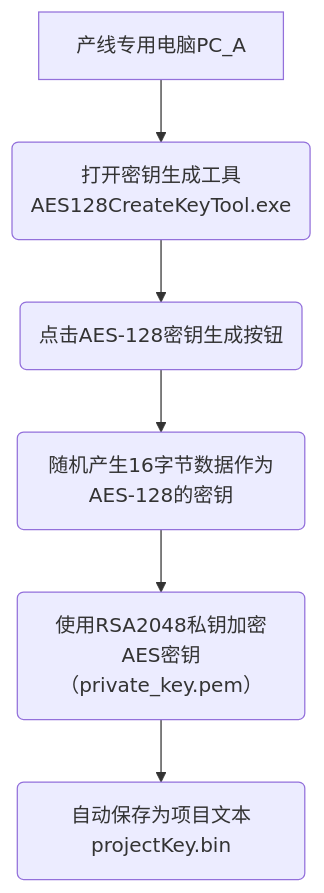
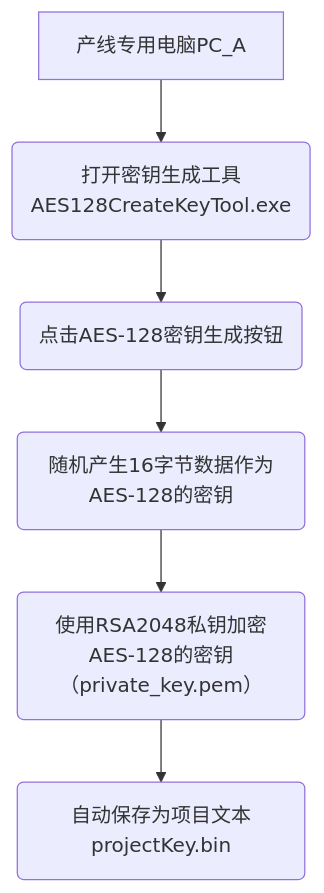
One commit to facebook-cloud/iodraw-files changed the diagram in all/未命名-9.md. Above: the diagram before and after it, drawn with Mermaid.

Commit message:
2026-01-23 16:14:18 update

````diff
--- a/all/未命名-9.md
+++ b/all/未命名-9.md
@@ -1,9 +1,9 @@
 ```mermaid
 graph TD
     A[产线专用电脑PC_A] --> B(打开密钥生成工具AES128CreateKeyTool.exe)
     B --> C(点击AES-128密钥生成按钮)
     C --> D(随机产生16字节数据作为AES-128的密钥)
-    D --> E(使用RSA2048私钥加密AES密钥（private_key.pem）)
+    D --> E(使用RSA2048私钥加密AES-128的密钥（private_key.pem）)
     E --> F(自动保存为项目文本projectKey.bin)
 
 ```
````
